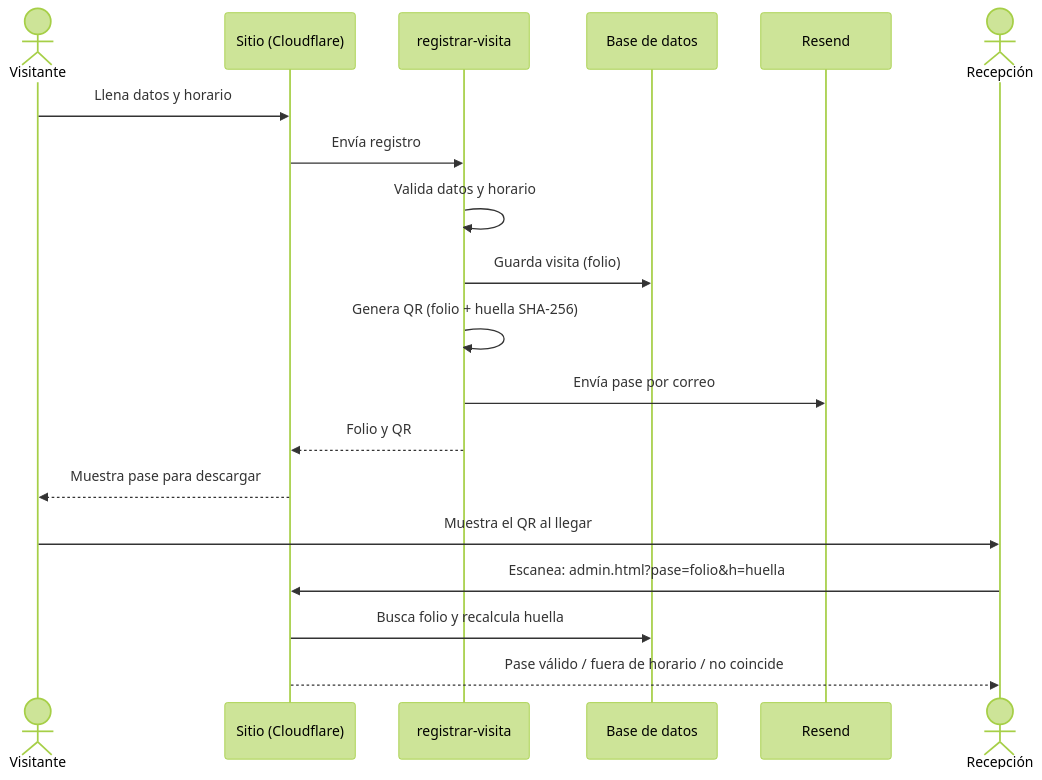
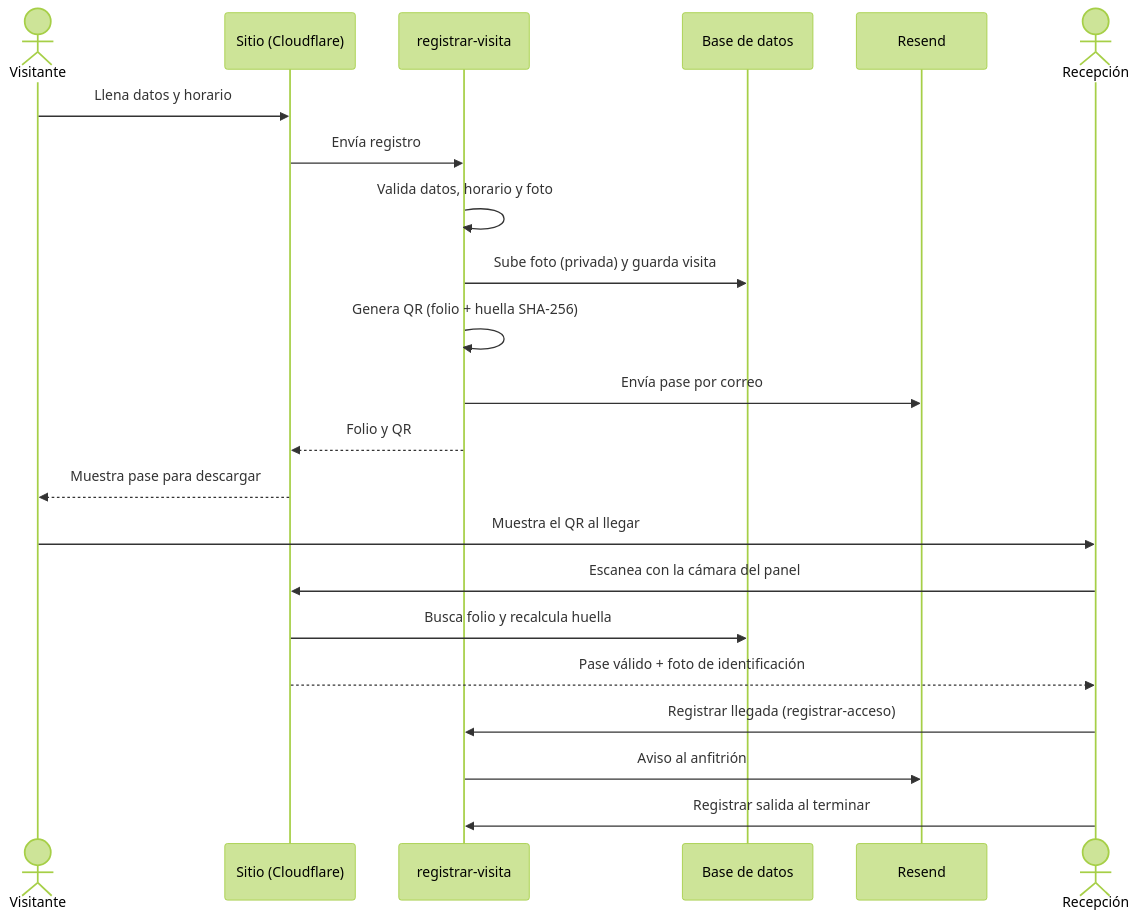
The third of 3 diagrams in docs/ENTREGABLES.md (mcrayor-debug/hixsa-registro-visitantes), drawn with Mermaid (forest theme) before and after one commit. The commit also changed other lines of this file and 13 other files, not shown here.

````diff
--- a/docs/ENTREGABLES.md
+++ b/docs/ENTREGABLES.md
@@ -266,21 +291,24 @@
 ```mermaid
 sequenceDiagram
     actor V as Visitante
     participant W as Sitio (Cloudflare)
     participant F as registrar-visita
     participant D as Base de datos
     participant R as Resend
     actor RC as Recepción
     V->>W: Llena datos y horario
     W->>F: Envía registro
-    F->>F: Valida datos y horario
-    F->>D: Guarda visita (folio)
+    F->>F: Valida datos, horario y foto
+    F->>D: Sube foto (privada) y guarda visita
     F->>F: Genera QR (folio + huella SHA-256)
     F->>R: Envía pase por correo
     F-->>W: Folio y QR
     W-->>V: Muestra pase para descargar
     V->>RC: Muestra el QR al llegar
-    RC->>W: Escanea: admin.html?pase=folio&h=huella
+    RC->>W: Escanea con la cámara del panel
     W->>D: Busca folio y recalcula huella
-    W-->>RC: Pase válido / fuera de horario / no coincide
+    W-->>RC: Pase válido + foto de identificación
+    RC->>F: Registrar llegada (registrar-acceso)
+    F->>R: Aviso al anfitrión
+    RC->>F: Registrar salida al terminar
 ```
````
